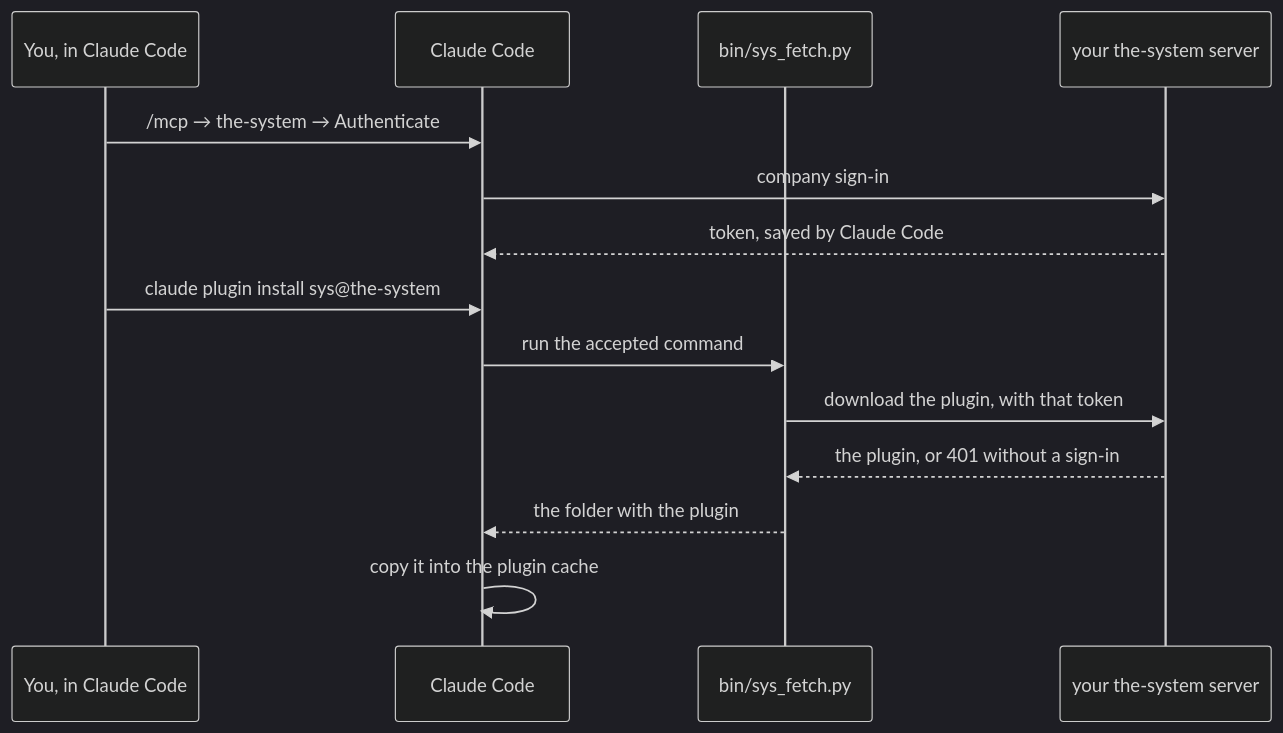
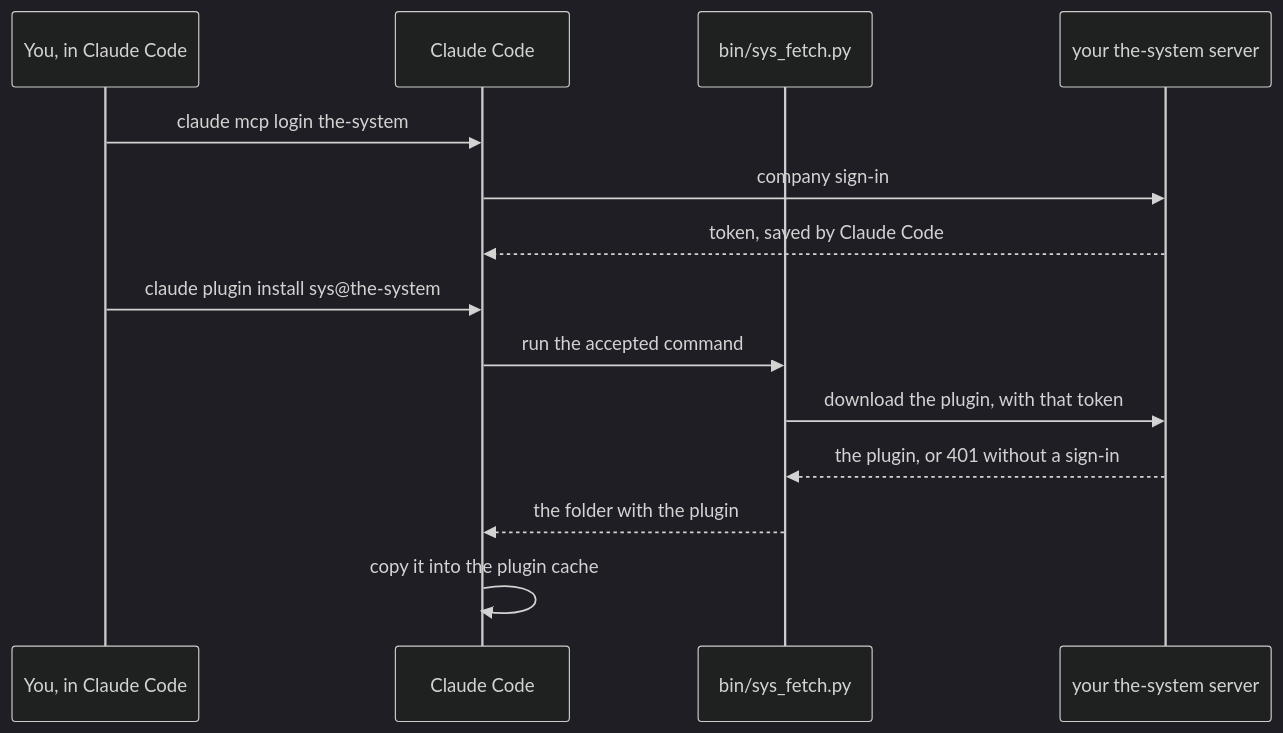
Before and after one commit to viktorkholov/the-system-plugin: the diagram in README.md, drawn with Mermaid (dark theme). The commit also changed other lines of this file and 1 other file, not shown here.

Commit message:
Publish the installer from the-system afbbe626

````diff
--- a/README.md
+++ b/README.md
@@ -52,17 +93,17 @@
 ```mermaid
 sequenceDiagram
     participant You as You, in Claude Code
     participant CC as Claude Code
     participant Fetch as bin/sys_fetch.py
     participant Server as your the-system server
 
-    You->>CC: /mcp → the-system → Authenticate
+    You->>CC: claude mcp login the-system
     CC->>Server: company sign-in
     Server-->>CC: token, saved by Claude Code
     You->>CC: claude plugin install sys@the-system
     CC->>Fetch: run the accepted command
     Fetch->>Server: download the plugin, with that token
     Server-->>Fetch: the plugin, or 401 without a sign-in
     Fetch-->>CC: the folder with the plugin
     CC->>CC: copy it into the plugin cache
 ```
````
